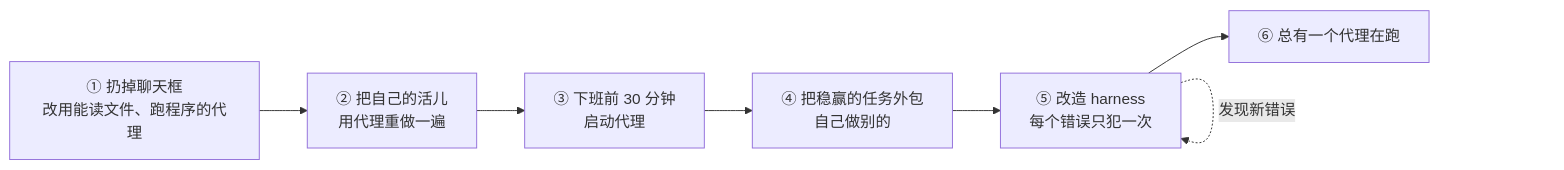
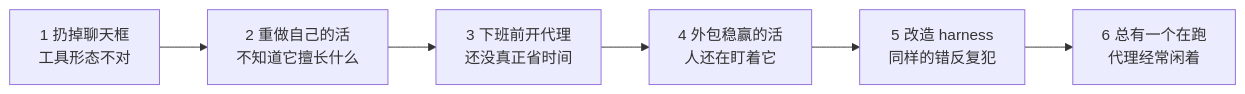
The diagram in docs/27-mitchellh-ai-adoption-journey.md (yzw7489757/ai-coding-videos), drawn with Mermaid before and after one commit. The commit also changed other lines of this file and 9 other files, not shown here.

````diff
--- a/docs/27-mitchellh-ai-adoption-journey.md
+++ b/docs/27-mitchellh-ai-adoption-journey.md
@@ -45,9 +56,8 @@
 ```mermaid
 flowchart LR
-    S1["① 扔掉聊天框<br/>改用能读文件、跑程序的代理"] --> S2["② 把自己的活儿<br/>用代理重做一遍"]
-    S2 --> S3["③ 下班前 30 分钟<br/>启动代理"]
-    S3 --> S4["④ 把稳赢的任务外包<br/>自己做别的"]
-    S4 --> S5["⑤ 改造 harness<br/>每个错误只犯一次"]
-    S5 --> S6["⑥ 总有一个代理在跑"]
-    S5 -.->|"发现新错误"| S5
+    S1["1 扔掉聊天框<br/>工具形态不对"] --> S2["2 重做自己的活<br/>不知道它擅长什么"]
+    S2 --> S3["3 下班前开代理<br/>还没真正省时间"]
+    S3 --> S4["4 外包稳赢的活<br/>人还在盯着它"]
+    S4 --> S5["5 改造 harness<br/>同样的错反复犯"]
+    S5 --> S6["6 总有一个在跑<br/>代理经常闲着"]
 ```
````
